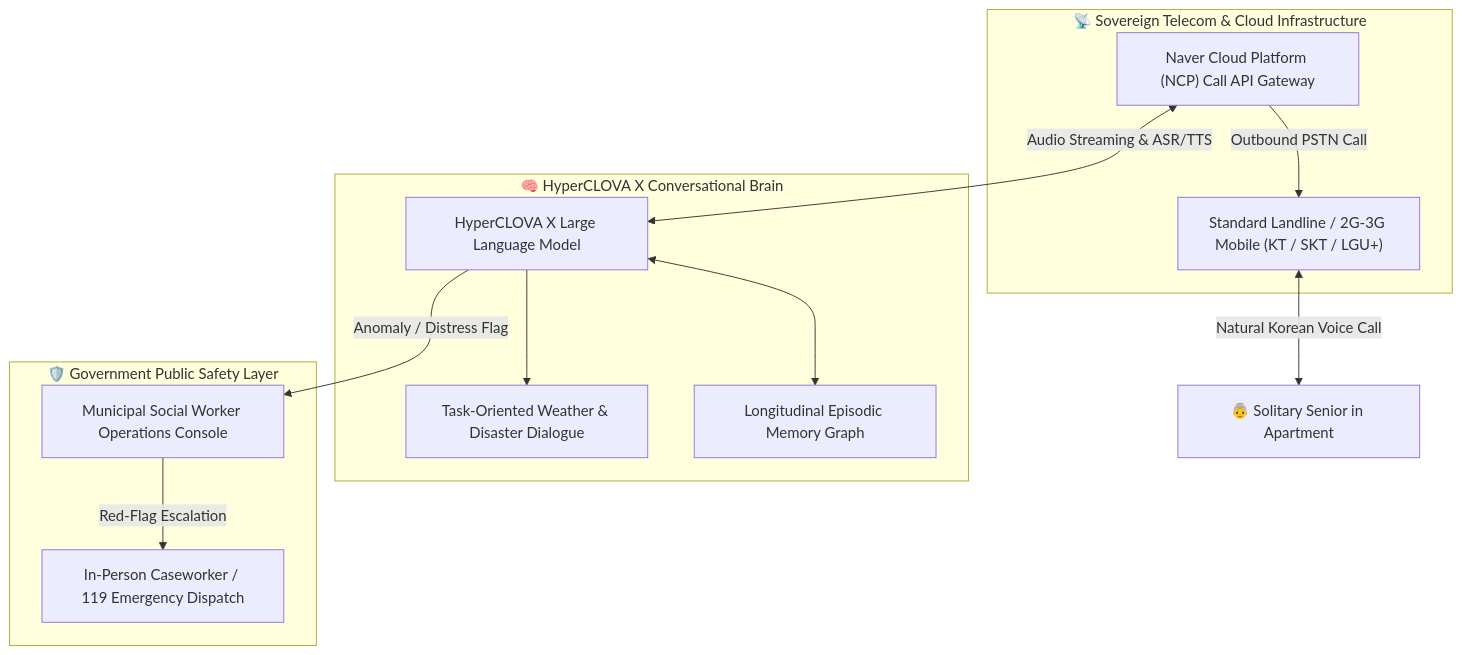
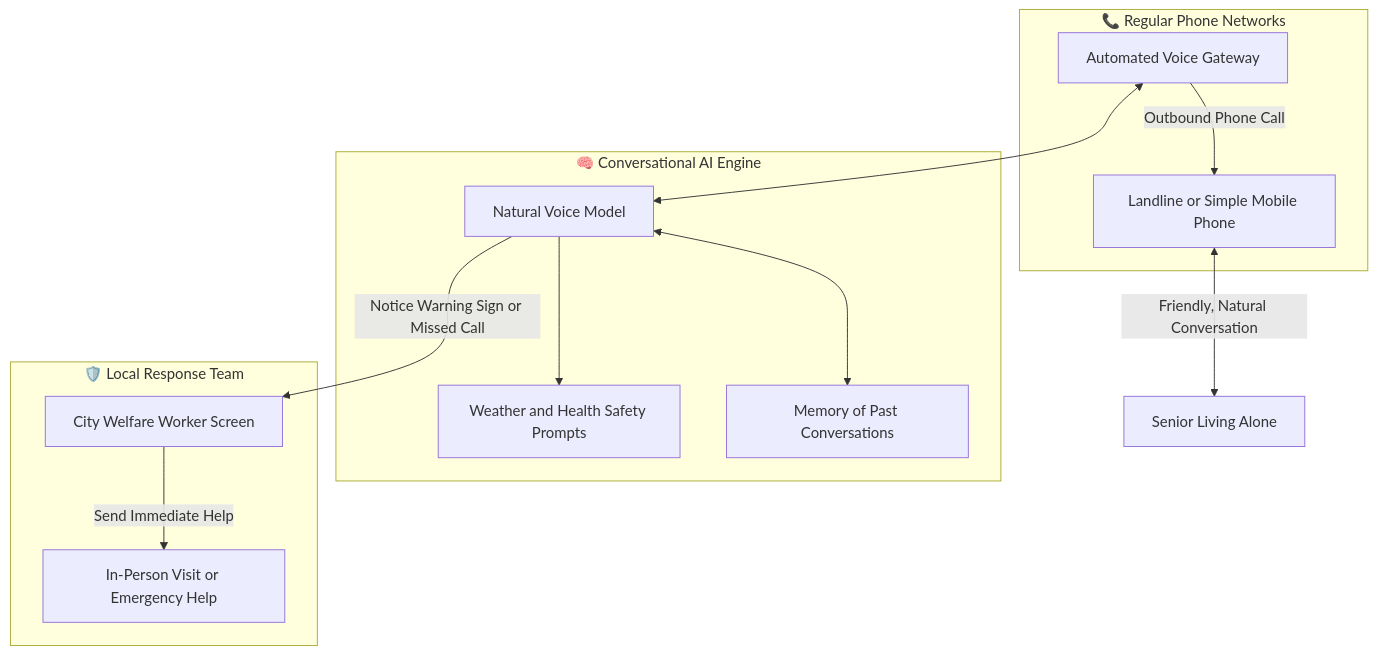
The diagram in wiki/src/content/docs/book/02-global-evidence-korea-deepdive.md (sagar-anmol/gcfp), drawn with Mermaid before and after one commit. The commit also changed other lines of this file and 18 other files, not shown here.

Commit message:
docs: humanise wiki prose across book, clinical, market, architecture and tracks

````diff
--- a/wiki/src/content/docs/book/02-global-evidence-korea-deepdive.md
+++ b/wiki/src/content/docs/book/02-global-evidence-korea-deepdive.md
@@ -28,26 +27,26 @@
 ```mermaid
 flowchart TD
-    subgraph Telecom_Layer ["📡 Sovereign Telecom & Cloud Infrastructure"]
-        PSTN["Standard Landline / 2G-3G Mobile (KT / SKT / LGU+)"]
-        NCP["Naver Cloud Platform (NCP) Call API Gateway"]
+    subgraph Phone_Lines ["📞 Regular Phone Networks"]
+        Phone["Landline or Simple Mobile Phone"]
+        Gateway["Automated Voice Gateway"]
     end
 
-    subgraph AI_Intelligence ["🧠 HyperCLOVA X Conversational Brain"]
-        LLM["HyperCLOVA X Large Language Model"]
-        Memory["Longitudinal Episodic Memory Graph"]
-        Safety["Task-Oriented Weather & Disaster Dialogue"]
+    subgraph AI_Engine ["🧠 Conversational AI Engine"]
+        Brain["Natural Voice Model"]
+        Memory["Memory of Past Conversations"]
+        Alerts["Weather and Health Safety Prompts"]
     end
 
-    subgraph Municipal_Triage ["🛡️ Government Public Safety Layer"]
-        Dashboard["Municipal Social Worker Operations Console"]
-        Dispatch["In-Person Caseworker / 119 Emergency Dispatch"]
+    subgraph Community_Safety ["🛡️ Local Response Team"]
+        Dashboard["City Welfare Worker Screen"]
+        Visit["In-Person Visit or Emergency Help"]
     end
 
-    NCP -->|Outbound PSTN Call| PSTN
-    PSTN <-->|Natural Korean Voice Call| Senior["👵 Solitary Senior in Apartment"]
-    NCP <-->|Audio Streaming & ASR/TTS| LLM
-    LLM <--> Memory
-    LLM --> Safety
-    LLM -->|Anomaly / Distress Flag| Dashboard
-    Dashboard -->|Red-Flag Escalation| Dispatch
+    Gateway -->|Outbound Phone Call| Phone
+    Phone <-->|Friendly, Natural Conversation| Senior["Senior Living Alone"]
+    Gateway <--> Brain
+    Brain <--> Memory
+    Brain --> Alerts
+    Brain -->|Notice Warning Sign or Missed Call| Dashboard
+    Dashboard -->|Send Immediate Help| Visit
 ```
````
